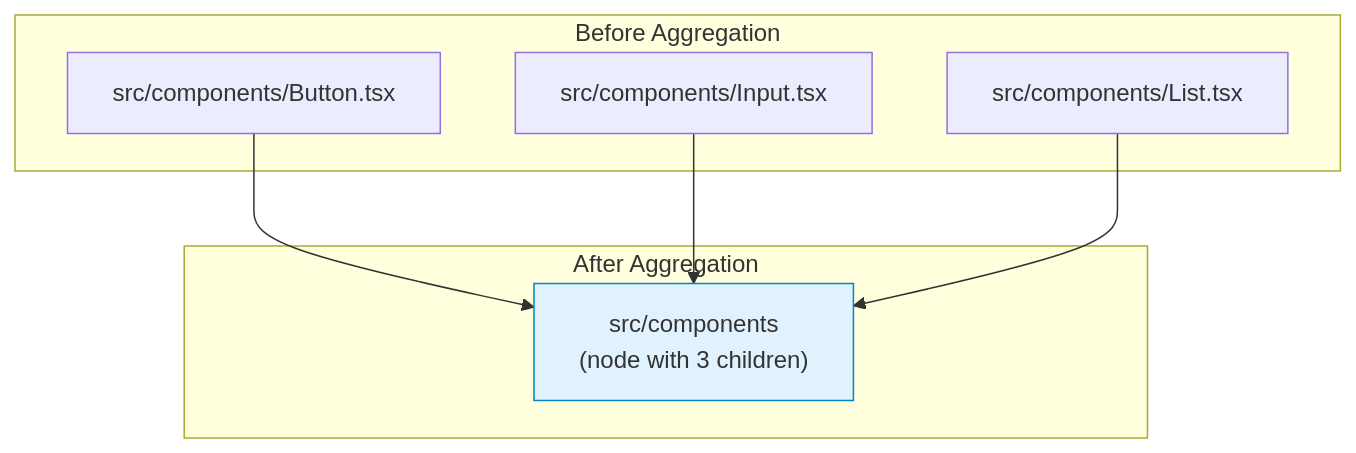
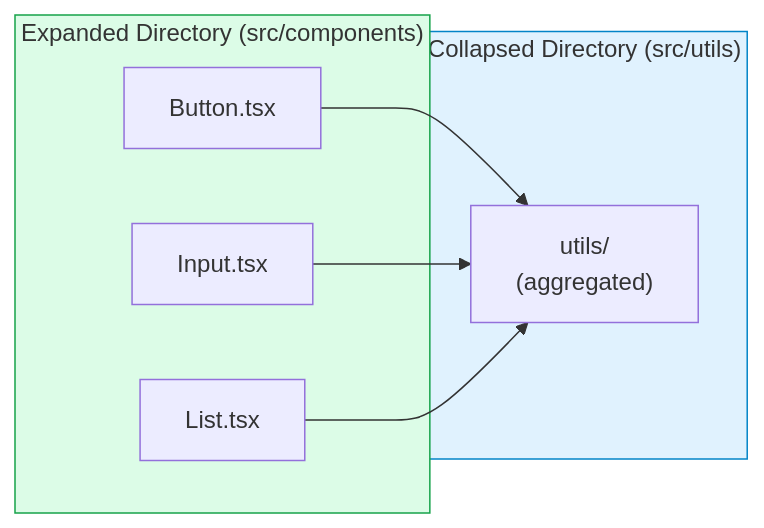
The second of 6 diagrams in docs/architecture/aggregation.md (fisher-89/dependency-cruiser-reporter), drawn with Mermaid before and after one commit. The commit also changed other lines of this file and 12 other files, not shown here.

````diff
--- a/docs/architecture/aggregation.md
+++ b/docs/architecture/aggregation.md
@@ -42,18 +52,19 @@
 ```mermaid
-flowchart TB
-    subgraph Before["Before Aggregation"]
-        F1[src/components/Button.tsx]
-        F2[src/components/Input.tsx]
-        F3[src/components/List.tsx]
+flowchart LR
+    subgraph Expanded["Expanded Directory (src/components)"]
+        F1[Button.tsx]
+        F2[Input.tsx]
+        F3[List.tsx]
     end
 
-    subgraph After["After Aggregation"]
-        Dir["src/components\n(node with 3 children)"]
+    subgraph Collapsed["Collapsed Directory (src/utils)"]
+        Dir["utils/\n(aggregated)"]
     end
 
     F1 --> Dir
     F2 --> Dir
     F3 --> Dir
 
-    style Dir fill:#e0f2fe,stroke:#0284c7
+    style Expanded fill:#dcfce7,stroke:#16a34a
+    style Collapsed fill:#e0f2fe,stroke:#0284c7
 ```
````
